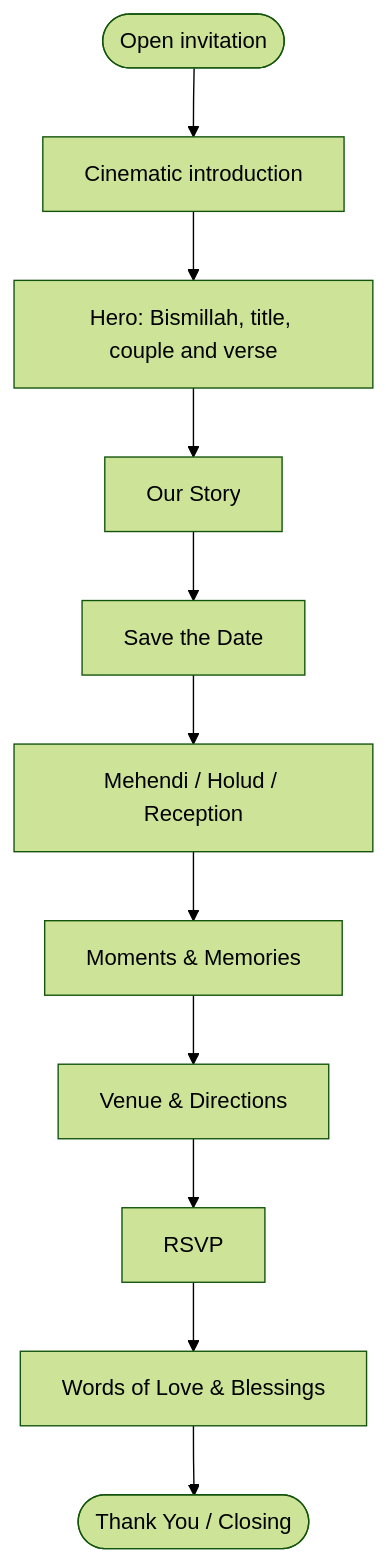
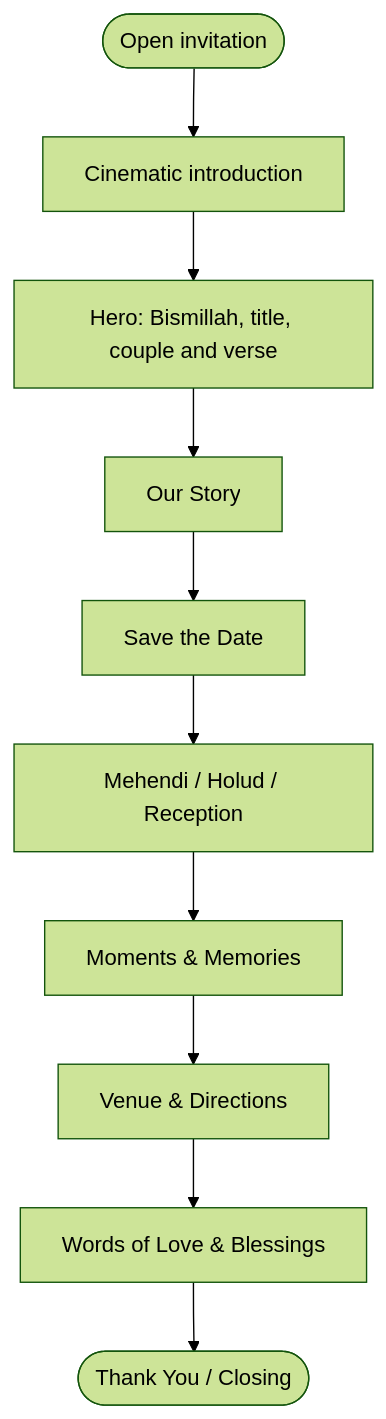
Before and after one commit to Shamiul-Bashar/araf-azreen-wedding: the second of 5 diagrams in README.md, drawn with Mermaid (forest theme). The commit also changed other lines of this file and 13 other files, not shown here.

````diff
--- a/README.md
+++ b/README.md
@@ -140,16 +134,15 @@
 ```mermaid
 flowchart TD
     Open(["Open invitation"])
     Intro["Cinematic introduction"]
     Hero["Hero: Bismillah, title, couple and verse"]
     Story["Our Story"]
     Date["Save the Date"]
     Events["Mehendi / Holud / Reception"]
     Gallery["Moments & Memories"]
     Venue["Venue & Directions"]
-    RSVP["RSVP"]
     Wishes["Words of Love & Blessings"]
     Closing(["Thank You / Closing"])
 
-    Open --> Intro --> Hero --> Story --> Date --> Events --> Gallery --> Venue --> RSVP --> Wishes --> Closing
+    Open --> Intro --> Hero --> Story --> Date --> Events --> Gallery --> Venue --> Wishes --> Closing
 ```
````
